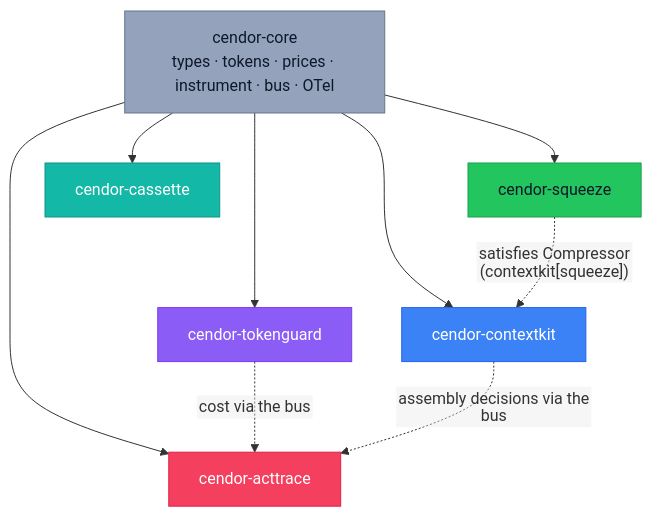
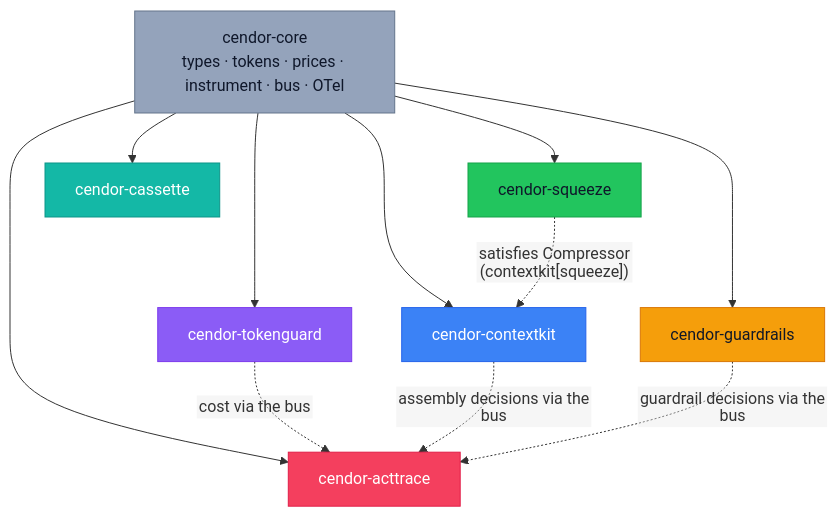
Before and after one commit to cendorhq/cendor-libs: the second of 2 diagrams in docs/architecture.md, drawn with Mermaid. The commit also changed other lines of this file and 34 other files, not shown here.

````diff
--- a/docs/architecture.md
+++ b/docs/architecture.md
@@ -98,22 +99,25 @@
 ```mermaid
 %%{init: {"flowchart": {"htmlLabels": false}} }%%
 graph TD
     core["cendor-core<br/>types · tokens · prices · instrument · bus · OTel"]
     ck["cendor-contextkit"]
     sq["cendor-squeeze"]
     tg["cendor-tokenguard"]
+    gr["cendor-guardrails"]
     cs["cendor-cassette"]
     at["cendor-acttrace"]
-    core --> ck & sq & tg & cs & at
+    core --> ck & sq & tg & gr & cs & at
     sq -. "satisfies Compressor (contextkit[squeeze])" .-> ck
     tg -. "cost via the bus" .-> at
     ck -. "assembly decisions via the bus" .-> at
+    gr -. "guardrail decisions via the bus" .-> at
 
     classDef co fill:#94A3BB,color:#0F172A,stroke:#64748B;
     classDef ck fill:#3B82F6,color:#ffffff,stroke:#2563EB;
     classDef sq fill:#22C55E,color:#0F172A,stroke:#16A34A;
     classDef tg fill:#8B5CF6,color:#ffffff,stroke:#7C3AED;
+    classDef gr fill:#F59E0B,color:#111827,stroke:#D97706;
     classDef cs fill:#14B8A6,color:#ffffff,stroke:#0D9488;
     classDef at fill:#F43F5E,color:#ffffff,stroke:#E11D48;
-    class core co; class ck ck; class sq sq; class tg tg; class cs cs; class at at;
+    class core co; class ck ck; class sq sq; class tg tg; class gr gr; class cs cs; class at at;
 ```
````
